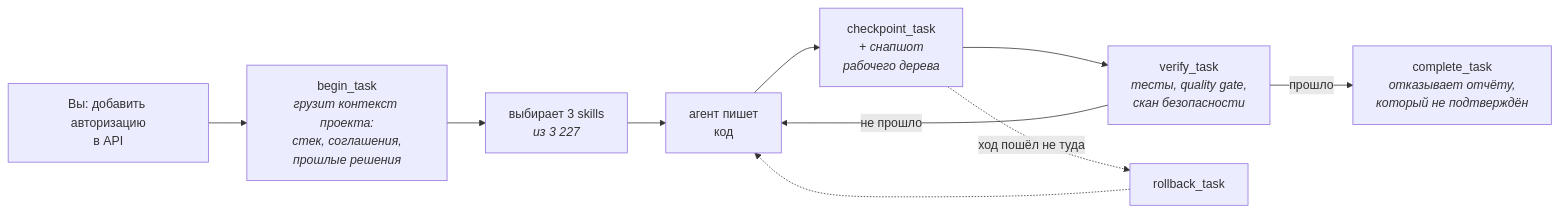
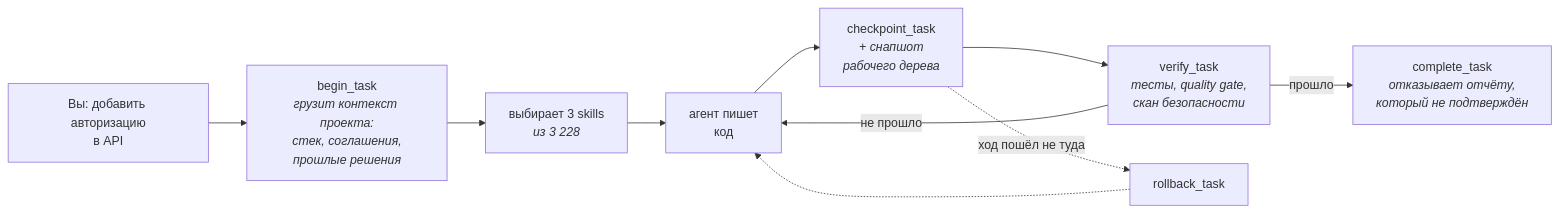
One commit to BreezeAreaSay/ai-dev-system changed the first of 2 diagrams in README.ru.md. Above: the diagram before and after it, drawn with Mermaid. The commit also changed other lines of this file and 12 other files, not shown here.

````diff
--- a/README.ru.md
+++ b/README.ru.md
@@ -36,12 +36,12 @@
 ```mermaid
 flowchart LR
     A["Вы: добавить авторизацию<br/>в API"] --> B["begin_task<br/><i>грузит контекст проекта:<br/>стек, соглашения,<br/>прошлые решения</i>"]
-    B --> C["выбирает 3 skills<br/><i>из 3 227</i>"]
+    B --> C["выбирает 3 skills<br/><i>из 3 228</i>"]
     C --> D["агент пишет<br/>код"]
     D --> E["checkpoint_task<br/><i>+ снапшот<br/>рабочего дерева</i>"]
     E --> F["verify_task<br/><i>тесты, quality gate,<br/>скан безопасности</i>"]
     F -->|не прошло| D
     F -->|прошло| G["complete_task<br/><i>отказывает отчёту,<br/>который не подтверждён</i>"]
     E -.->|ход пошёл не туда| H["rollback_task"]
     H -.-> D
 ```
````
